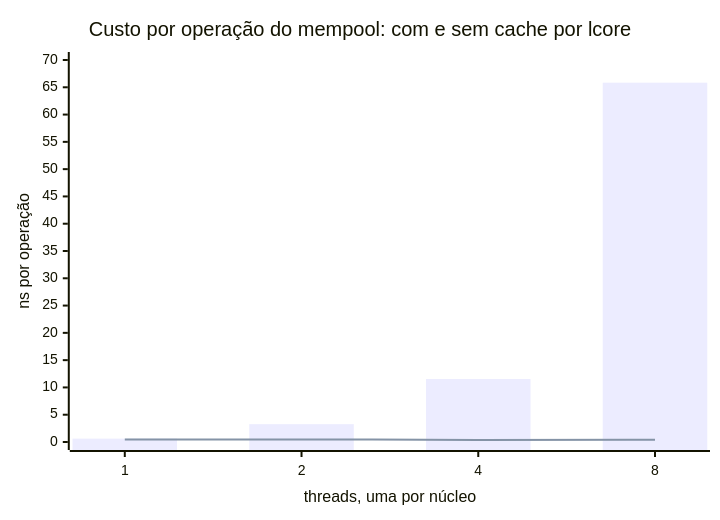
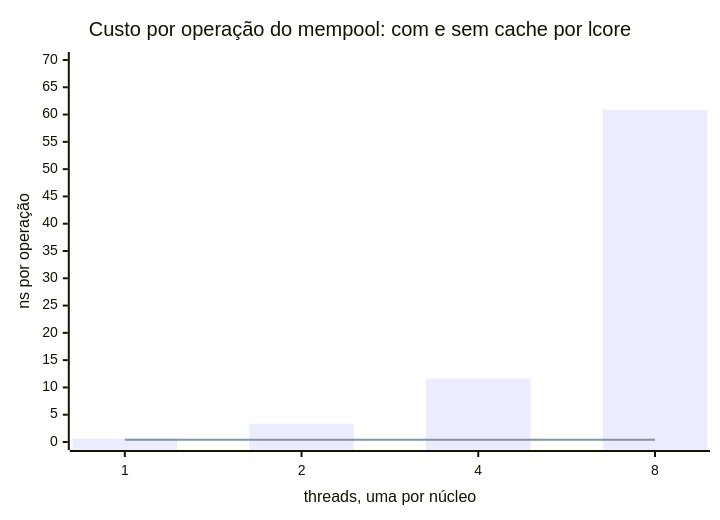
The second of 2 diagrams in trilha/01-fundamentos/02-mempool-ring/alternativas/cpp23/README.md (hroberto/labs-dpdk-academy), drawn with Mermaid before and after one commit. The commit also changed other lines of this file and 42 other files, not shown here.

````diff
--- a/trilha/01-fundamentos/02-mempool-ring/alternativas/cpp23/README.md
+++ b/trilha/01-fundamentos/02-mempool-ring/alternativas/cpp23/README.md
@@ -266,8 +267,8 @@
 ```mermaid
 xychart-beta
     title "Custo por operação do mempool: com e sem cache por lcore"
     x-axis "threads, uma por núcleo" ["1", "2", "4", "8"]
     y-axis "ns por operação" 0 --> 70
-    bar "sem cache (cache_size = 0)" [0.62, 3.27, 11.54, 65.84]
-    line "com cache (cache_size = 512)" [0.48, 0.48, 0.38, 0.41]
+    bar "sem cache (cache_size = 0)" [0.62, 3.37, 11.61, 60.87]
+    line "com cache (cache_size = 512)" [0.41, 0.42, 0.41, 0.42]
 ```
````
